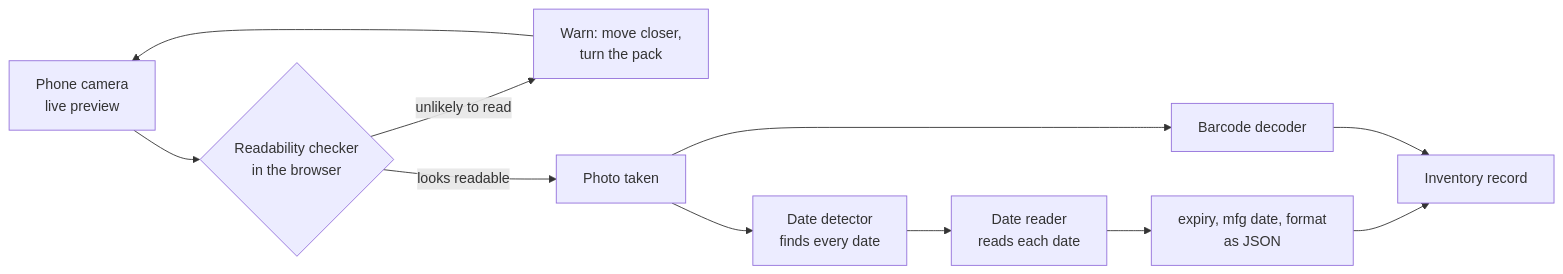
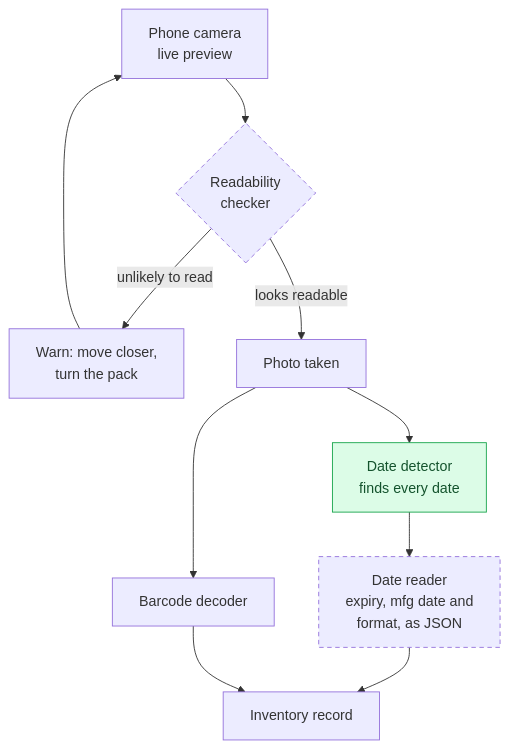
The first of 12 diagrams in README.md (aayushroopchandani/bestbefore), drawn with Mermaid before and after one commit. The commit also changed other lines of this file, not shown here.

Commit message:
docs: readme diagrams: the architecture, the generator, the gpu queue, the m2 ablation and m2b

````diff
--- a/README.md
+++ b/README.md
@@ -74,13 +104,16 @@
 ```mermaid
-flowchart LR
-    CAM["Phone camera<br/>live preview"] --> CHK{"Readability checker<br/>in the browser"}
+flowchart TD
+    CAM["Phone camera<br/>live preview"] --> CHK{"Readability<br/>checker"}
     CHK -- "unlikely to read" --> WARN["Warn: move closer,<br/>turn the pack"]
     WARN --> CAM
     CHK -- "looks readable" --> SHOT["Photo taken"]
     SHOT --> DET["Date detector<br/>finds every date"]
-    DET --> READ["Date reader<br/>reads each date"]
-    READ --> OUT["expiry, mfg date, format<br/>as JSON"]
     SHOT --> BAR["Barcode decoder"]
-    OUT --> INV["Inventory record"]
+    DET --> READ["Date reader<br/>expiry, mfg date and<br/>format, as JSON"]
+    READ --> INV["Inventory record"]
     BAR --> INV
+    class DET built
+    class CHK,READ planned
+    classDef built fill:#dcfce7,stroke:#16a34a,color:#14532d
+    classDef planned stroke-dasharray:5 4
 ```
````
